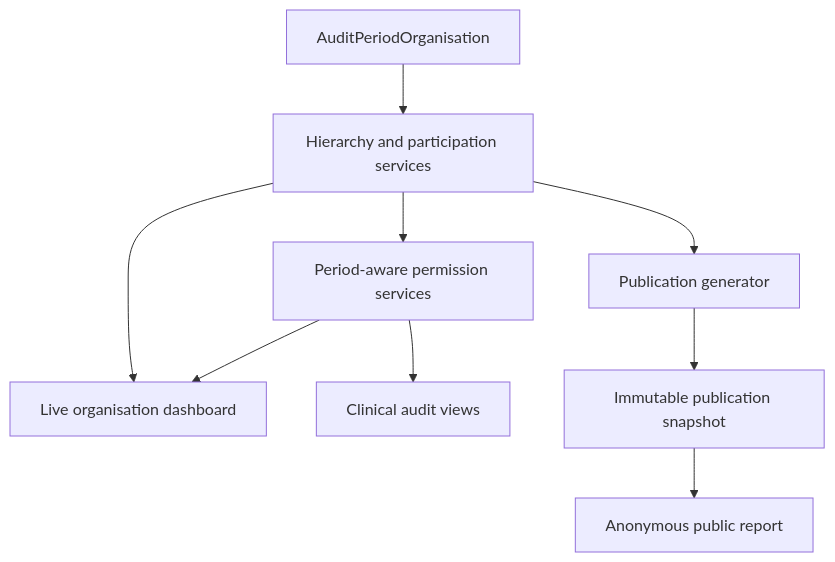
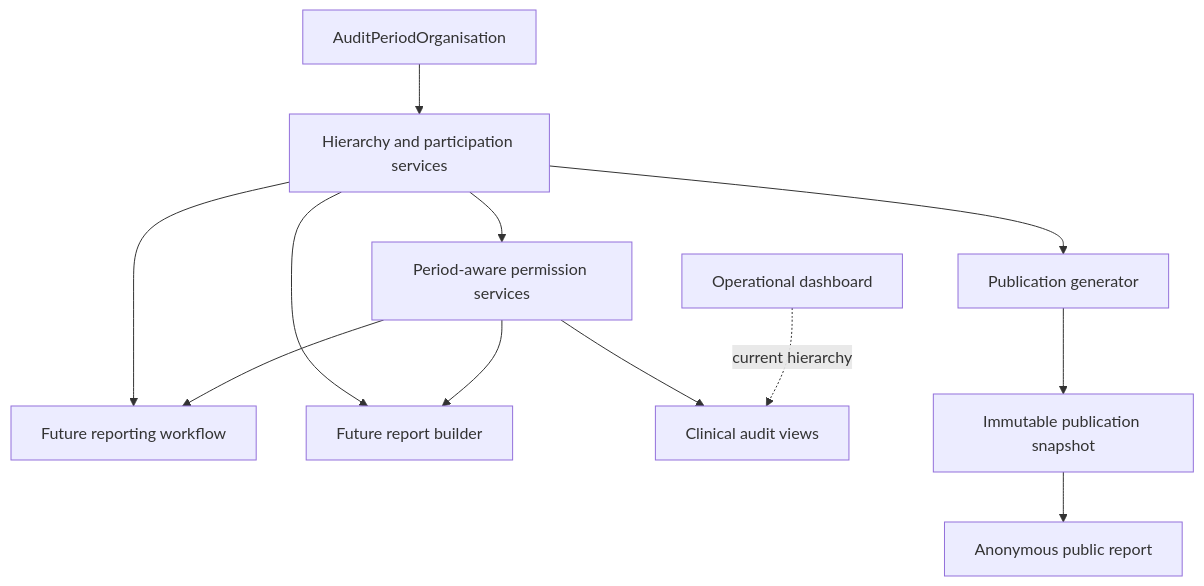
One commit to rcpch/rcpch-audit-engine changed the second of 2 diagrams in documentation/docs/development/audit-period-organisation.md. Above: the diagram before and after it, drawn with Mermaid. The commit also changed other lines of this file and 1 other file, not shown here.

Commit message:
remove conflicting comments about operational organisation dashboard using the audit period slug

````diff
--- a/documentation/docs/development/audit-period-organisation.md
+++ b/documentation/docs/development/audit-period-organisation.md
@@ -734,20 +731,25 @@
 ```mermaid
 flowchart TD
     APO[AuditPeriodOrganisation]
     GEO[Hierarchy and participation services]
     AUTH[Period-aware permission services]
-    DASH[Live organisation dashboard]
+    OPDASH[Operational dashboard]
+    REPORTING[Future reporting workflow]
+    REPORTBUILDER[Future report builder]
     CLINICAL[Clinical audit views]
     GENERATOR[Publication generator]
     SNAPSHOT[Immutable publication snapshot]
     PUBLIC[Anonymous public report]
 
     APO --> GEO
     GEO --> AUTH
-    GEO --> DASH
-    AUTH --> DASH
+    GEO --> REPORTING
+    AUTH --> REPORTING
+    GEO --> REPORTBUILDER
+    AUTH --> REPORTBUILDER
     AUTH --> CLINICAL
+    OPDASH -. current hierarchy .-> CLINICAL
     GEO --> GENERATOR
     GENERATOR --> SNAPSHOT
     SNAPSHOT --> PUBLIC
 ```
````
